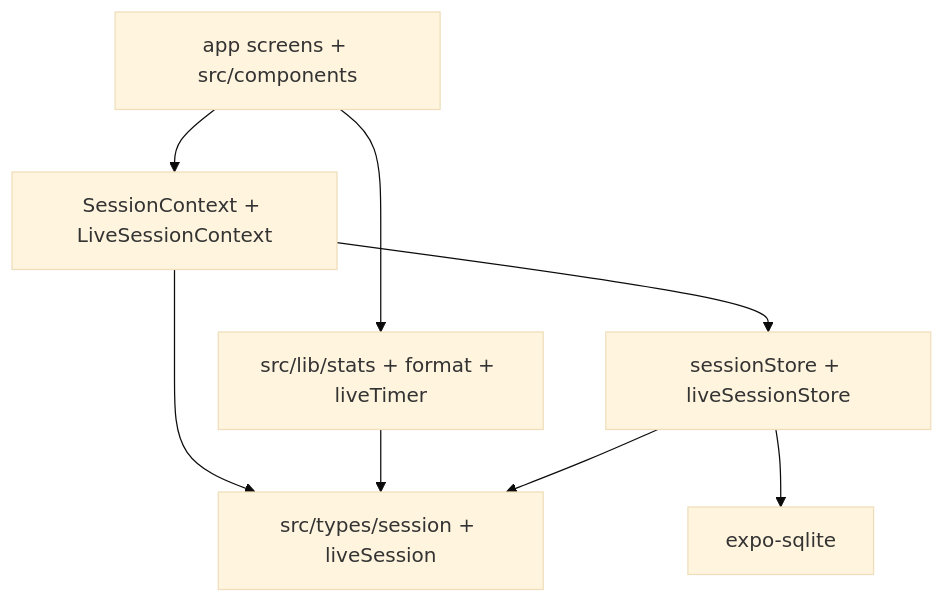
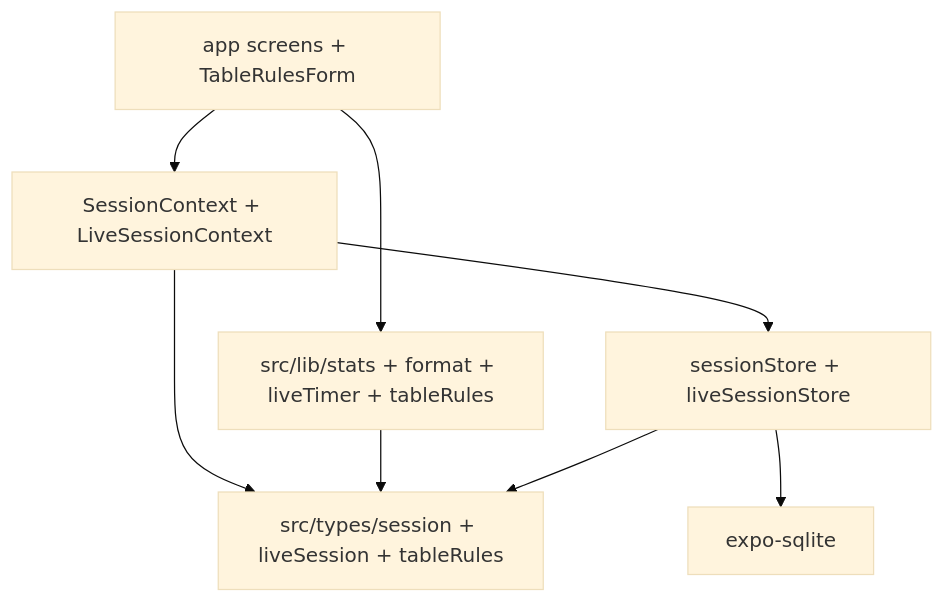
One commit to Trevor5008/StackTrack changed the eighth of 8 diagrams in docs/flow.md. Above: the diagram before and after it, drawn with Mermaid (base theme). The commit also changed other lines of this file and 10 other files, not shown here.

Commit message:
feat: add editable table rules for live sesions Persist decks, payout, S17/H17, DAS, and late surrender in rules_json Show a read-only summary on session detail Updated flow, schema and README

````diff
--- a/docs/flow.md
+++ b/docs/flow.md
@@ -115,17 +138,17 @@
 ```mermaid
 flowchart TB
-  UI[app screens + src/components]
+  UI["app screens + TableRulesForm"]
   Ctx[SessionContext + LiveSessionContext]
-  Lib[src/lib/stats + format + liveTimer]
-  Types[src/types/session + liveSession]
+  Lib[src/lib/stats + format + liveTimer + tableRules]
+  Types[src/types/session + liveSession + tableRules]
   Persist[sessionStore + liveSessionStore]
   Device[expo-sqlite]
 
   UI --> Ctx
   UI --> Lib
   Ctx --> Persist
   Ctx --> Types
   Lib --> Types
   Persist --> Types
   Persist --> Device
 ```
````
